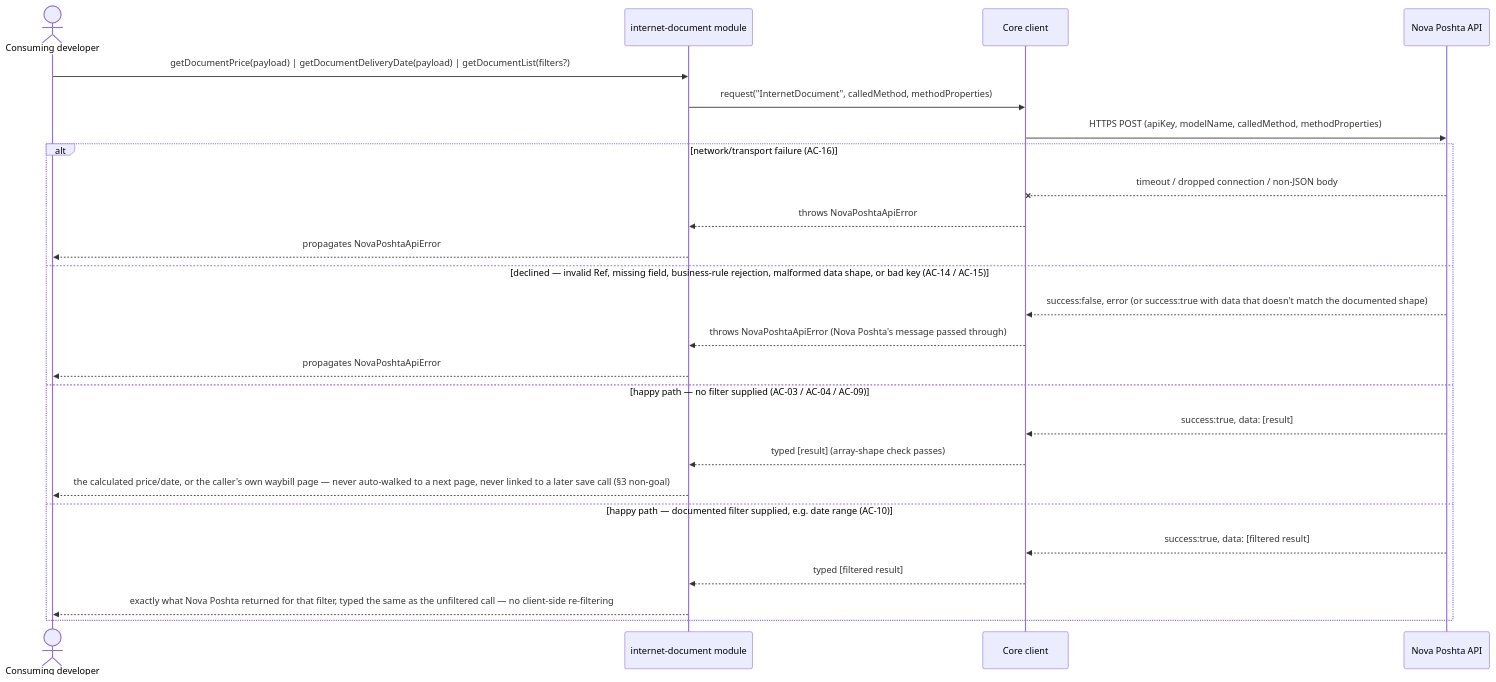
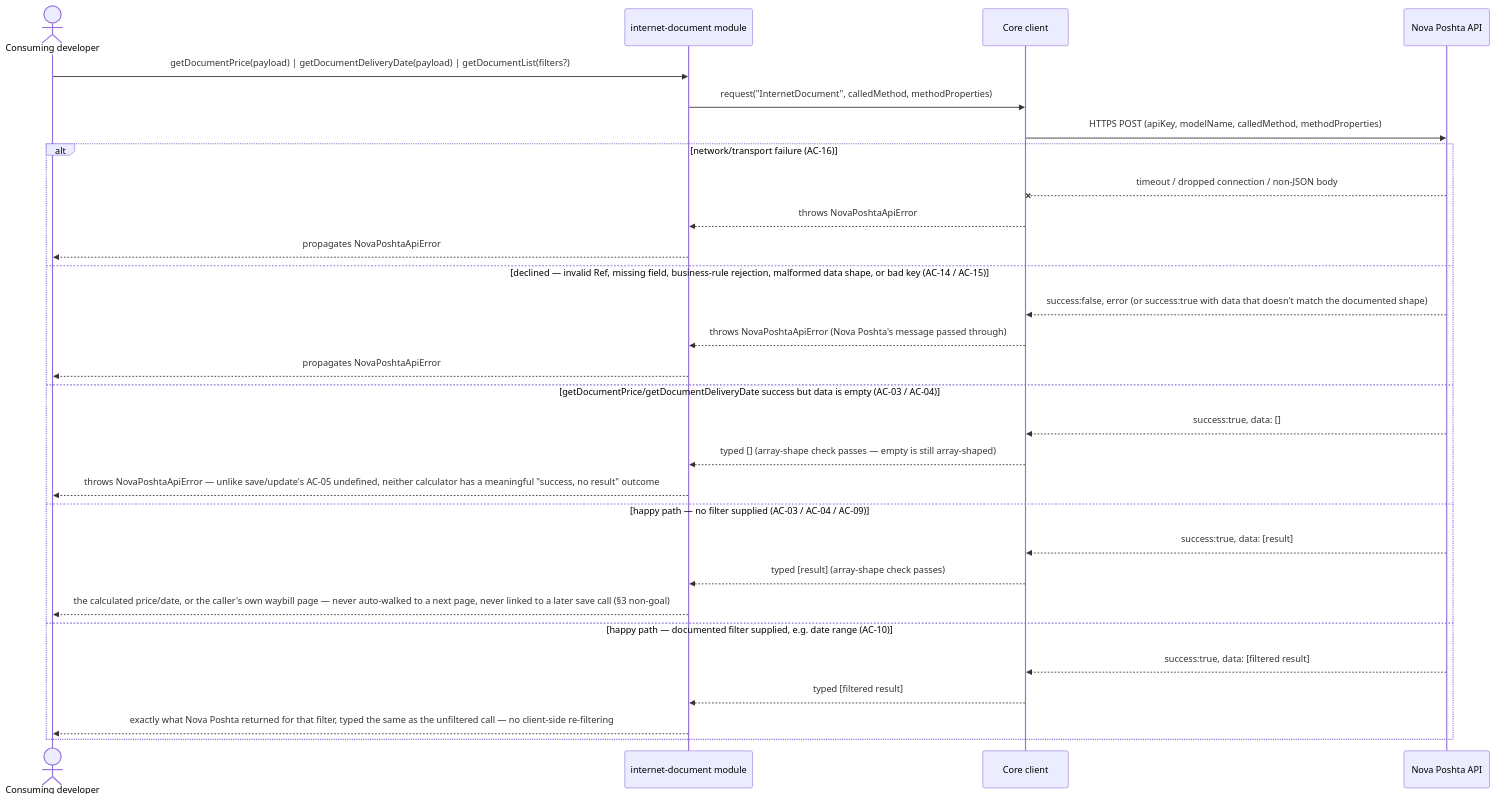
One commit to associate2coder/nova-poshta-lib changed the sixth of 6 diagrams in docs/features/internet-document/sad.md. Above: the diagram before and after it, drawn with Mermaid. The commit also changed other lines of this file and 1 other file, not shown here.

First line of the commit message:
docs(internet-document): document the calculators' throw-on-empty-data behavior (F1)

````diff
--- a/docs/features/internet-document/sad.md
+++ b/docs/features/internet-document/sad.md
@@ -374,29 +374,33 @@
 ```mermaid
 sequenceDiagram
     actor Dev as Consuming developer
     participant IDoc as internet-document module
     participant Client as Core client
     participant NP as Nova Poshta API
 
     Dev->>IDoc: getDocumentPrice(payload) | getDocumentDeliveryDate(payload) | getDocumentList(filters?)
     IDoc->>Client: request("InternetDocument", calledMethod, methodProperties)
     Client->>NP: HTTPS POST (apiKey, modelName, calledMethod, methodProperties)
 
     alt network/transport failure (AC-16)
         NP--xClient: timeout / dropped connection / non-JSON body
         Client-->>IDoc: throws NovaPoshtaApiError
         IDoc-->>Dev: propagates NovaPoshtaApiError
     else declined — invalid Ref, missing field, business-rule rejection, malformed data shape, or bad key (AC-14 / AC-15)
         NP-->>Client: success:false, error (or success:true with data that doesn't match the documented shape)
         Client-->>IDoc: throws NovaPoshtaApiError (Nova Poshta's message passed through)
         IDoc-->>Dev: propagates NovaPoshtaApiError
+    else getDocumentPrice/getDocumentDeliveryDate success but data is empty (AC-03 / AC-04)
+        NP-->>Client: success:true, data: []
+        Client-->>IDoc: typed [] (array-shape check passes — empty is still array-shaped)
+        IDoc-->>Dev: throws NovaPoshtaApiError — unlike save/update's AC-05 undefined, neither calculator has a meaningful "success, no result" outcome
     else happy path — no filter supplied (AC-03 / AC-04 / AC-09)
         NP-->>Client: success:true, data: [result]
         Client-->>IDoc: typed [result] (array-shape check passes)
         IDoc-->>Dev: the calculated price/date, or the caller's own waybill page — never auto-walked to a next page, never linked to a later save call (§3 non-goal)
     else happy path — documented filter supplied, e.g. date range (AC-10)
         NP-->>Client: success:true, data: [filtered result]
         Client-->>IDoc: typed [filtered result]
         IDoc-->>Dev: exactly what Nova Poshta returned for that filter, typed the same as the unfiltered call — no client-side re-filtering
     end
 ```
````
